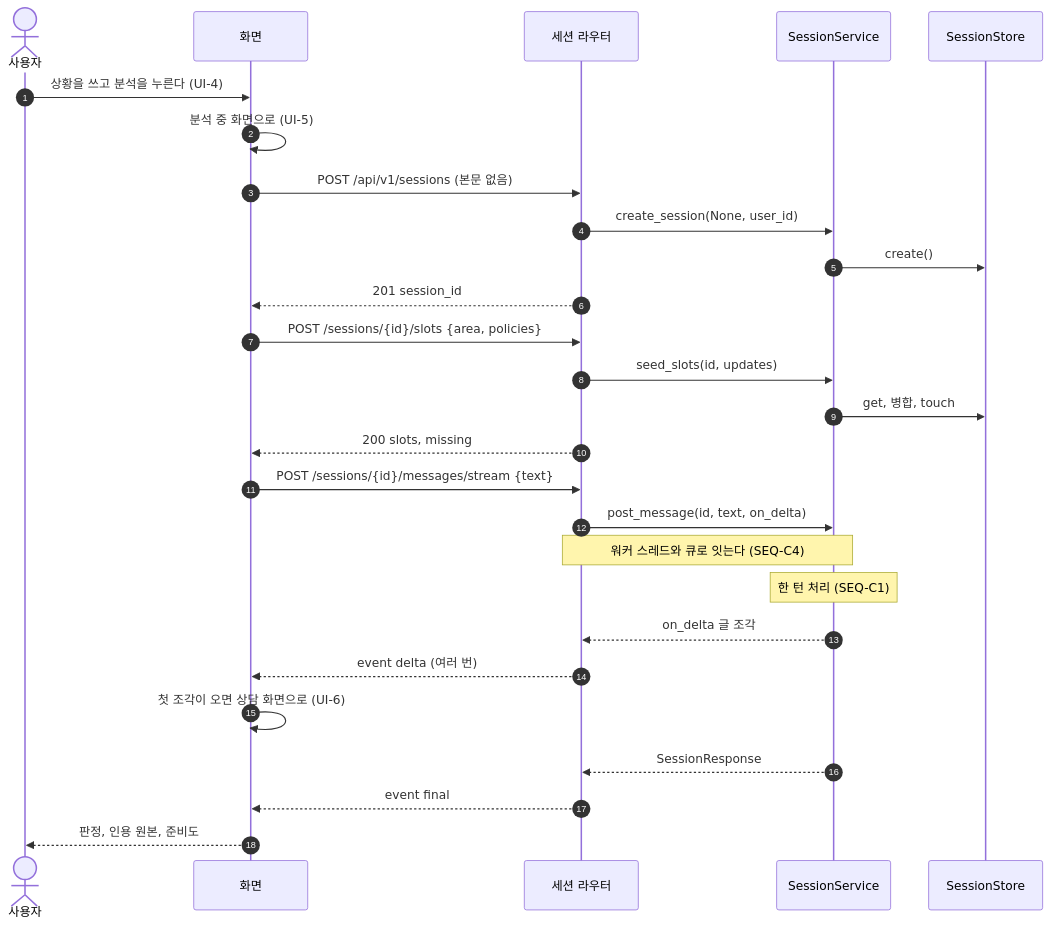
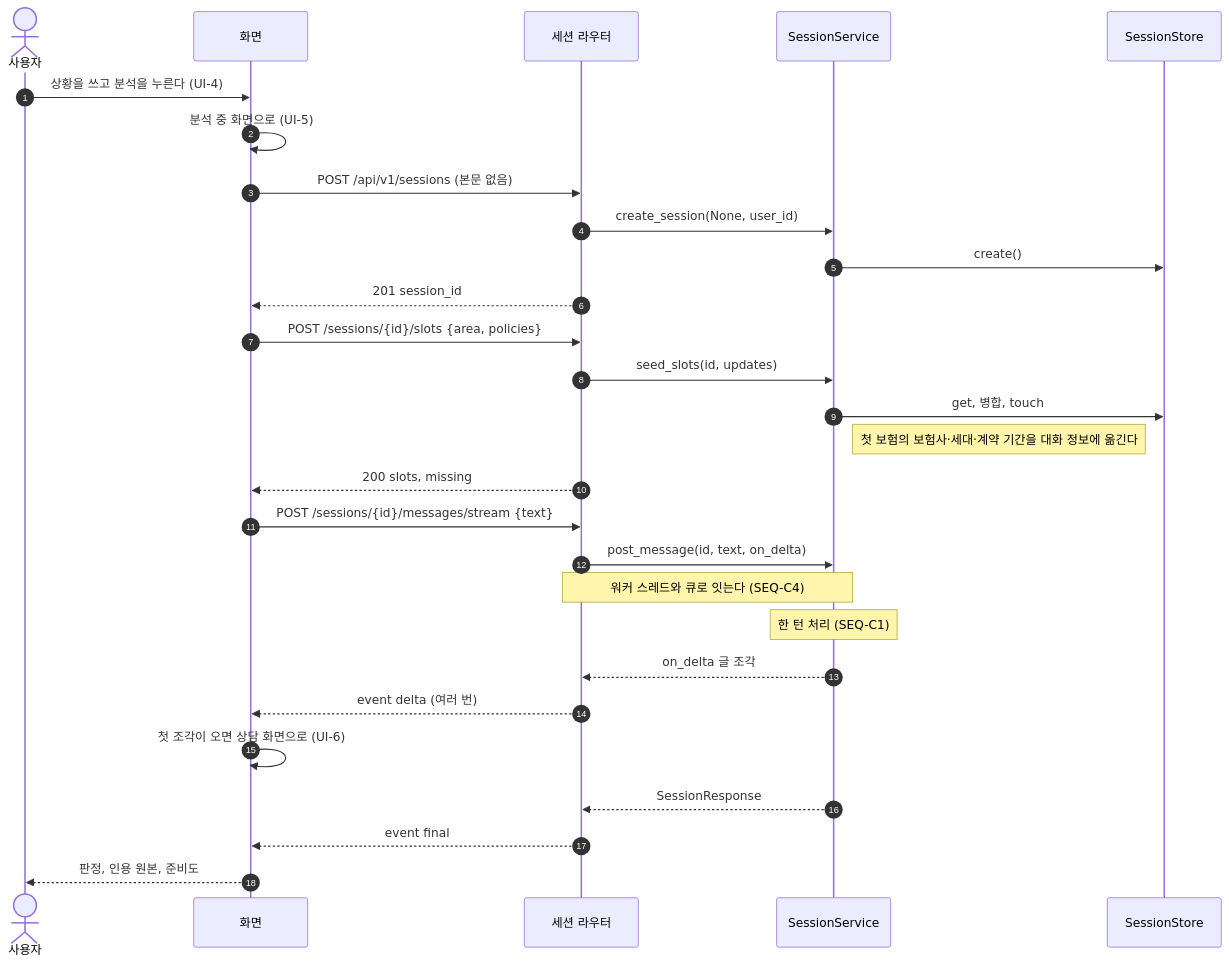
Before and after one commit to HoyoungParkme/Insurance-Helper: the first of 15 diagrams in docs/specs/09-SEQ/INS-SEQ-002.md, drawn with Mermaid. The commit also changed other lines of this file, not shown here.

````diff
--- a/docs/specs/09-SEQ/INS-SEQ-002.md
+++ b/docs/specs/09-SEQ/INS-SEQ-002.md
@@ -67,29 +67,30 @@
 ```mermaid
 sequenceDiagram
     autonumber
     actor U as 사용자
     participant FE as 화면
     participant R as 세션 라우터
     participant SS as SessionService
     participant ST as SessionStore
     U->>FE: 상황을 쓰고 분석을 누른다 (UI-4)
     FE->>FE: 분석 중 화면으로 (UI-5)
     FE->>R: POST /api/v1/sessions (본문 없음)
     R->>SS: create_session(None, user_id)
     SS->>ST: create()
     R-->>FE: 201 session_id
     FE->>R: POST /sessions/{id}/slots {area, policies}
     R->>SS: seed_slots(id, updates)
     SS->>ST: get, 병합, touch
+    Note right of SS: 첫 보험의 보험사·세대·계약 기간을 대화 정보에 옮긴다
     R-->>FE: 200 slots, missing
     FE->>R: POST /sessions/{id}/messages/stream {text}
     R->>SS: post_message(id, text, on_delta)
     Note over R,SS: 워커 스레드와 큐로 잇는다 (SEQ-C4)
     Note over SS: 한 턴 처리 (SEQ-C1)
     SS-->>R: on_delta 글 조각
     R-->>FE: event delta (여러 번)
     FE->>FE: 첫 조각이 오면 상담 화면으로 (UI-6)
     SS-->>R: SessionResponse
     R-->>FE: event final
     FE-->>U: 판정, 인용 원본, 준비도
 ```
````
